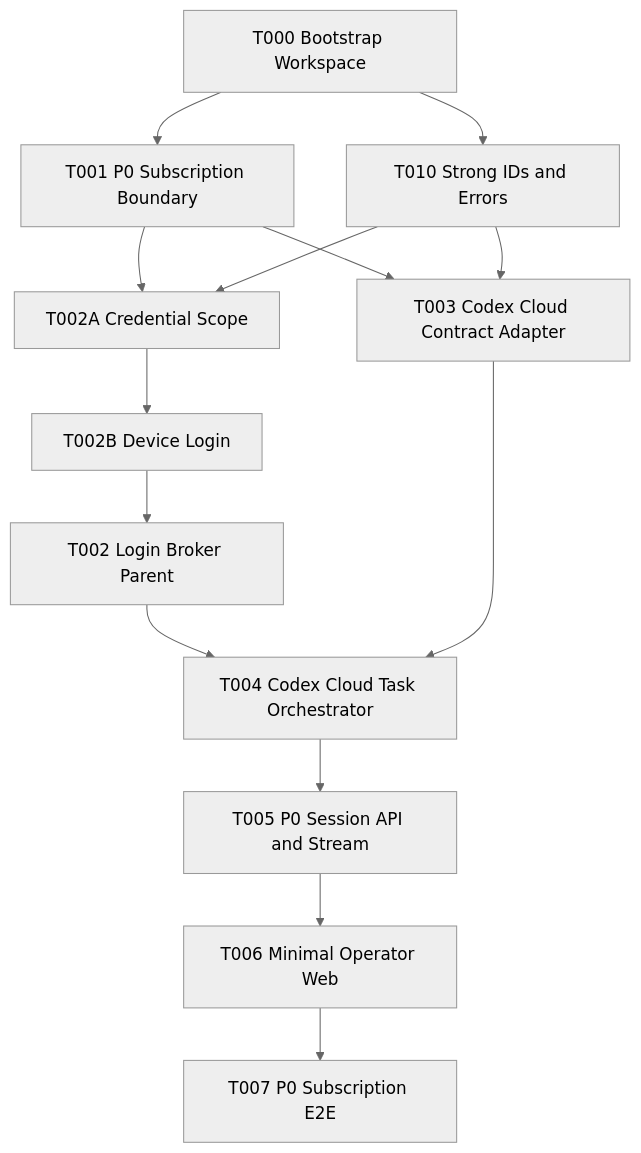
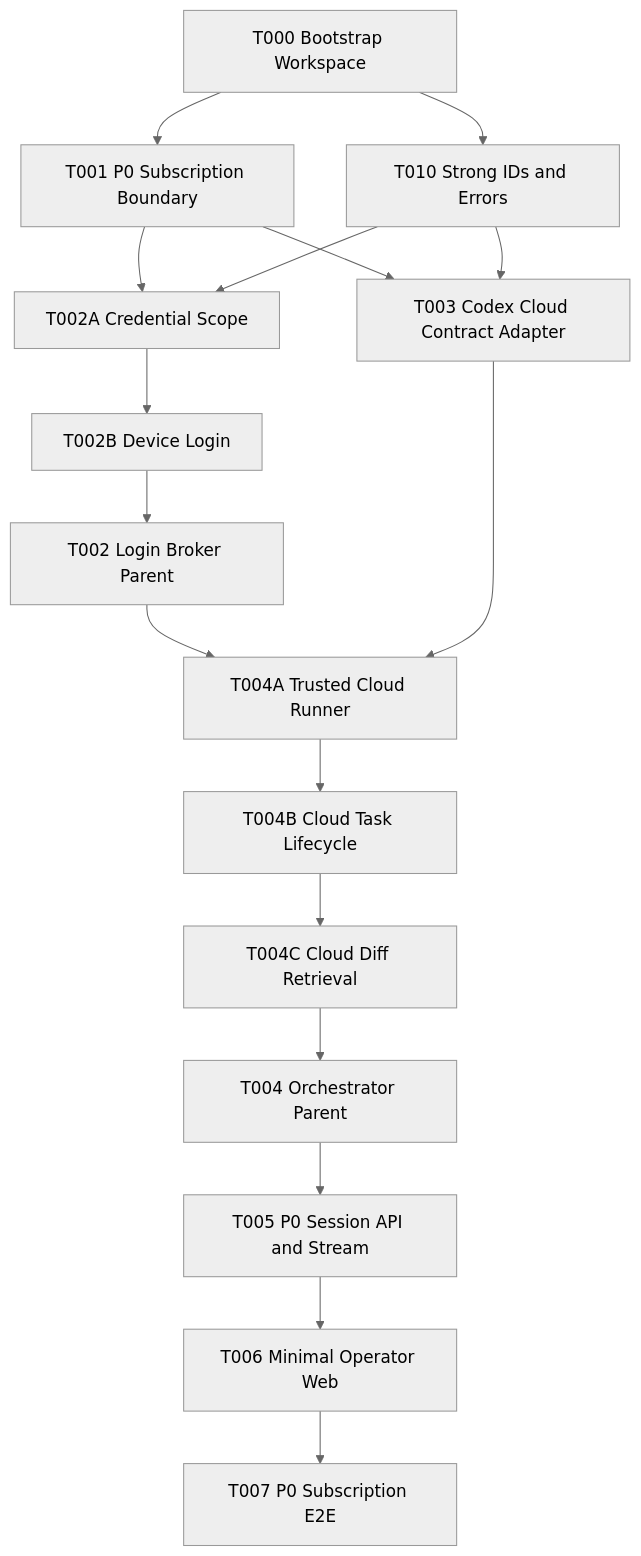
Before and after one commit to fallrising/fanzloud: the third of 4 diagrams in docs/TD.md, drawn with Mermaid (neutral theme). The commit also changed other lines of this file and 21 other files, not shown here.

Commit message:
feat: add crash-safe Codex Cloud runner

````diff
--- a/docs/TD.md
+++ b/docs/TD.md
@@ -1609,16 +1609,19 @@
 ```mermaid
 flowchart TD
     T000[T000 Bootstrap Workspace] --> T001[T001 P0 Subscription Boundary]
     T000 --> T010[T010 Strong IDs and Errors]
     T001 --> T002A[T002A Credential Scope]
     T010 --> T002A
     T002A --> T002B[T002B Device Login]
     T002B --> T002[T002 Login Broker Parent]
     T001 --> T003[T003 Codex Cloud Contract Adapter]
     T010 --> T003
-    T002 --> T004[T004 Codex Cloud Task Orchestrator]
-    T003 --> T004
+    T002 --> T004A[T004A Trusted Cloud Runner]
+    T003 --> T004A
+    T004A --> T004B[T004B Cloud Task Lifecycle]
+    T004B --> T004C[T004C Cloud Diff Retrieval]
+    T004C --> T004[T004 Orchestrator Parent]
     T004 --> T005[T005 P0 Session API and Stream]
     T005 --> T006[T006 Minimal Operator Web]
     T006 --> T007[T007 P0 Subscription E2E]
 ```
````
